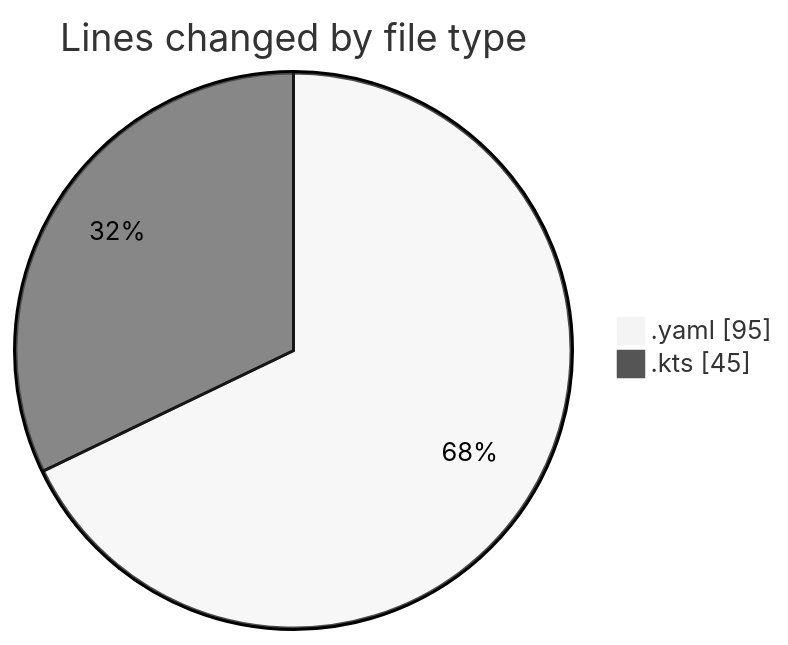
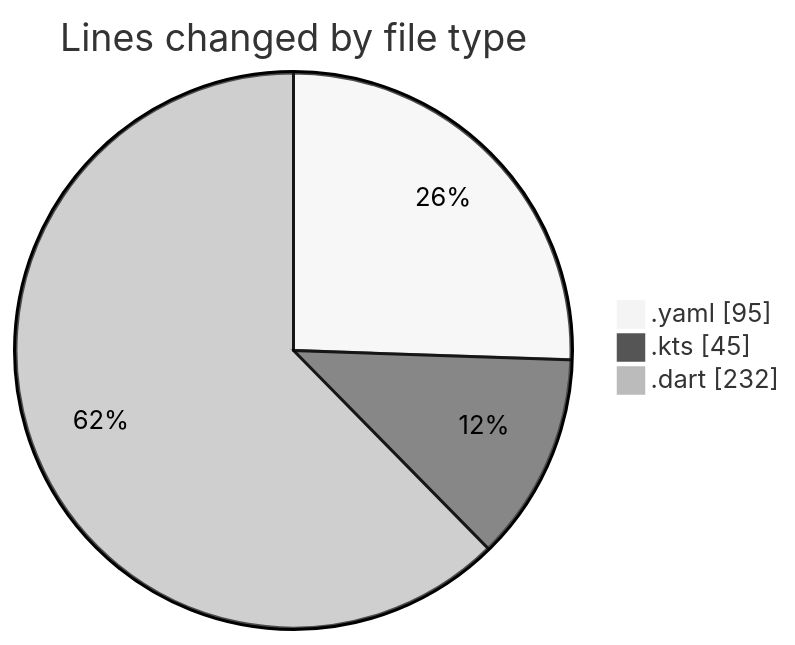
The first of 2 diagrams in 2025-02-16/uber_clone/README.md (donsfak/code-tracking), drawn with Mermaid (neutral theme) before and after one commit. The commit also changed other lines of this file and 1 other file, not shown here.

````diff
--- a/2025-02-16/uber_clone/README.md
+++ b/2025-02-16/uber_clone/README.md
@@ -21,6 +22,7 @@
 ```mermaid
 pie showData
 title Lines changed by file type
 ".yaml" : 95
 ".kts" : 45
+".dart" : 232
 ```
````
